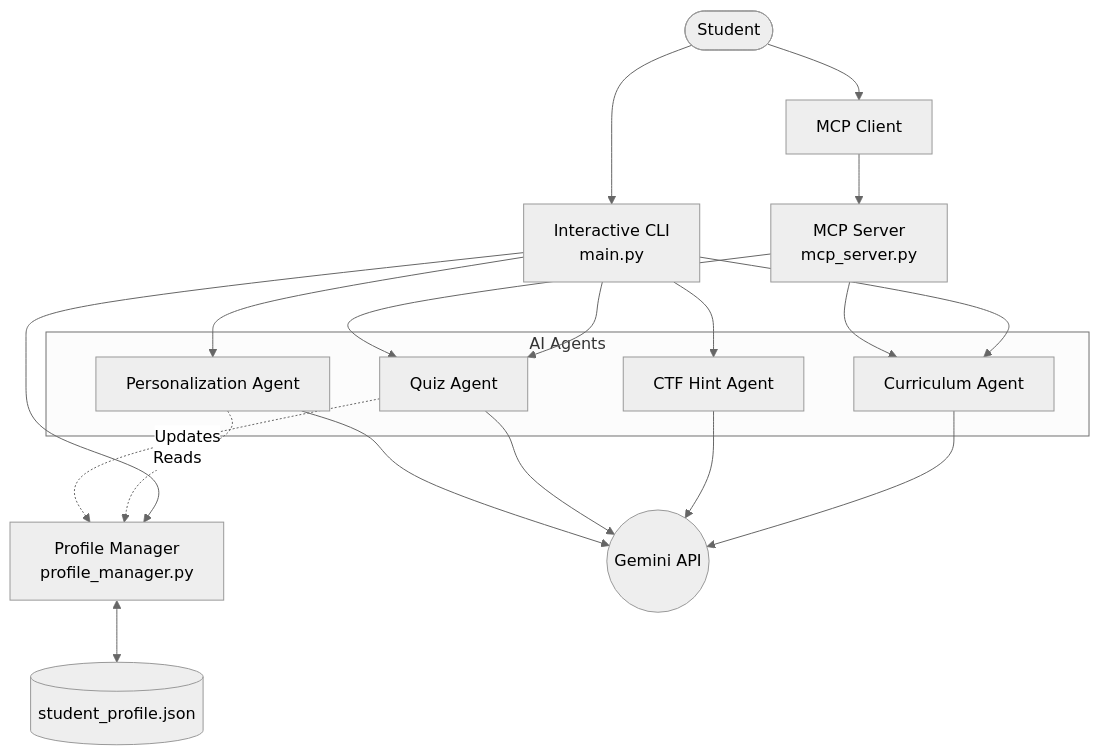
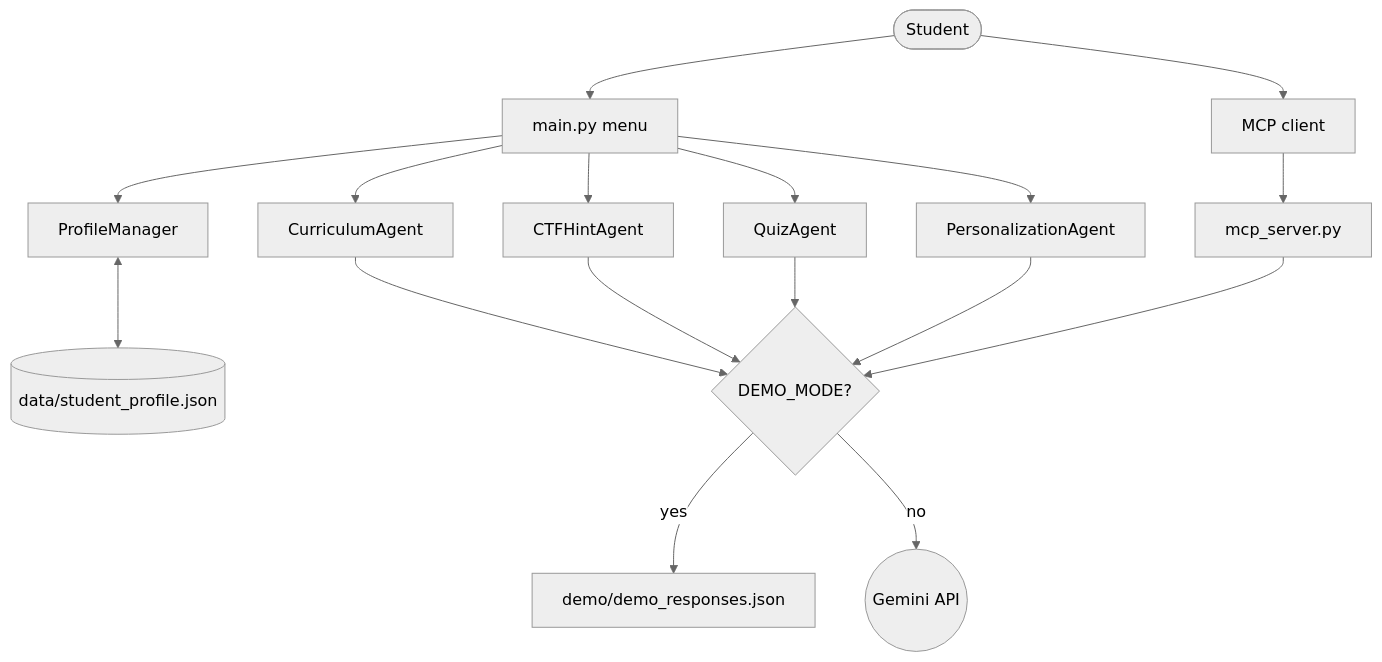
The diagram in README.md (manivelx/SecureLearnAgent), drawn with Mermaid (neutral theme) before and after one commit. The commit also changed other lines of this file and 22 other files, not shown here.

First line of the commit message:
Refine SecureLearn: working MCP server, safe paths, current Gemini SDK, tests, CI

````diff
--- a/README.md
+++ b/README.md
@@ -14,34 +28,14 @@
 ```mermaid
 graph TD
-    User([Student]) --> CLI[Interactive CLI<br/>main.py]
-    User --> MCPClient[MCP Client]
-
-    MCPClient --> MCPServer[MCP Server<br/>mcp_server.py]
-    
-    CLI --> ProfileMgr[Profile Manager<br/>profile_manager.py]
-    
-    subgraph AI Agents
-        CA[Curriculum Agent]
-        HA[CTF Hint Agent]
-        QA[Quiz Agent]
-        PA[Personalization Agent]
-    end
-    
-    CLI --> CA
-    CLI --> HA
-    CLI --> QA
-    CLI --> PA
-    
-    MCPServer --> CA
-    MCPServer --> QA
-    
-    PA -.Reads.-> ProfileMgr
-    QA -.Updates.-> ProfileMgr
-    
-    ProfileMgr <--> Data[(student_profile.json)]
-    
-    CA --> Gemini((Gemini API))
-    HA --> Gemini
-    QA --> Gemini
-    PA --> Gemini
+    User([Student]) --> CLI[main.py menu]
+    User --> MCPClient[MCP client] --> MCP[mcp_server.py]
+    CLI --> CA[CurriculumAgent]
+    CLI --> HA[CTFHintAgent]
+    CLI --> QA[QuizAgent]
+    CLI --> PA[PersonalizationAgent]
+    CLI --> PM[ProfileManager]
+    PM <--> Data[(data/student_profile.json)]
+    CA & HA & QA & PA & MCP --> Client{DEMO_MODE?}
+    Client -- yes --> Demo[demo/demo_responses.json]
+    Client -- no --> Gemini((Gemini API))
 ```
````
